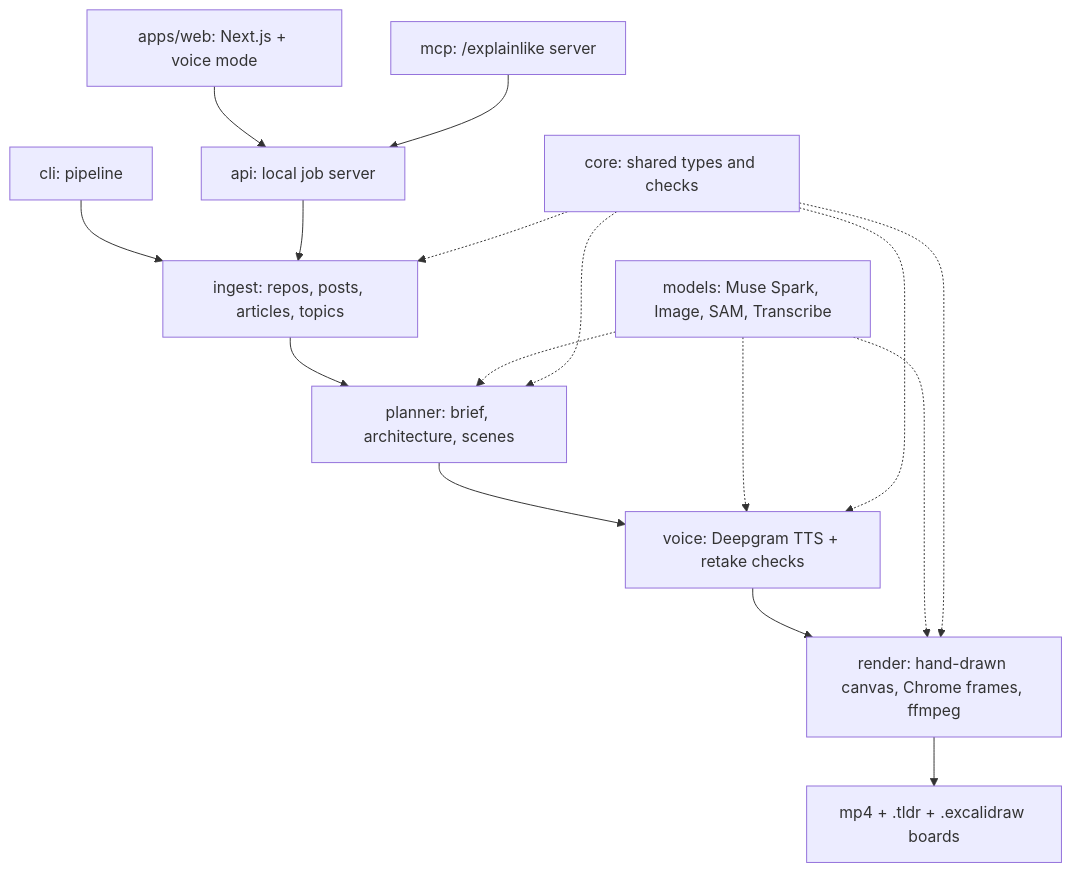
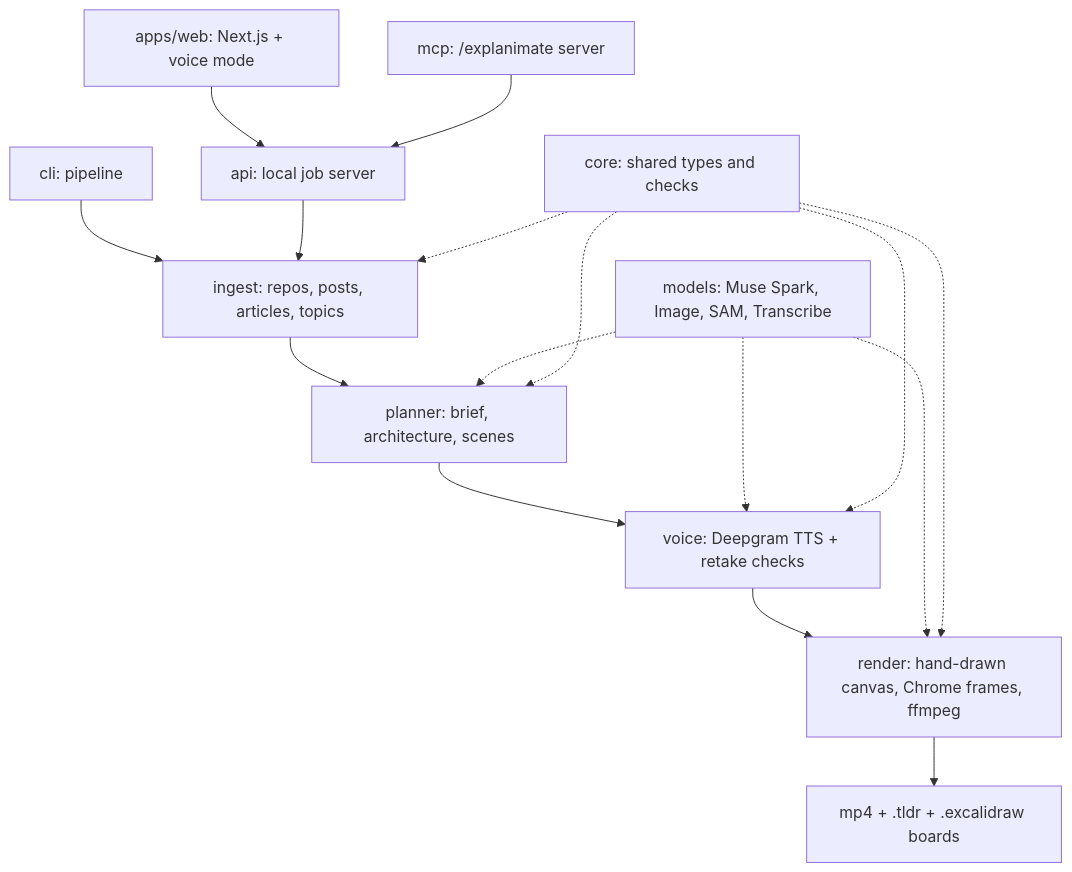
Before and after one commit to slubbles/explainlike: the diagram in README.md, drawn with Mermaid. The commit also changed other lines of this file and 101 other files, not shown here.

````diff
--- a/README.md
+++ b/README.md
@@ -163,18 +163,18 @@
 ```mermaid
 flowchart TD
     CLI["cli: pipeline"] --> ING["ingest: repos, posts, articles, topics"]
     WEB["apps/web: Next.js + voice mode"] --> API["api: local job server"]
-    MCP["mcp: /explainlike server"] --> API
+    MCP["mcp: /explanimate server"] --> API
     API --> ING
     ING --> PLAN["planner: brief, architecture, scenes"]
     PLAN --> VOICE["voice: Deepgram TTS + retake checks"]
     VOICE --> REN["render: hand-drawn canvas, Chrome frames, ffmpeg"]
     REN --> OUT["mp4 + .tldr + .excalidraw boards"]
     MOD["models: Muse Spark, Image, SAM, Transcribe"] -.-> PLAN
     MOD -.-> VOICE
     MOD -.-> REN
     CORE["core: shared types and checks"] -.-> ING
     CORE -.-> PLAN
     CORE -.-> VOICE
     CORE -.-> REN
 ```
````
